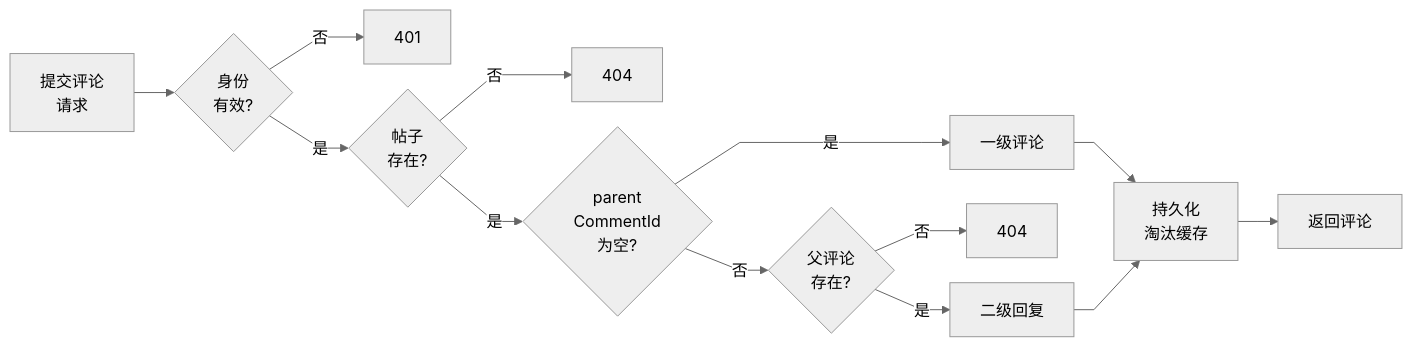
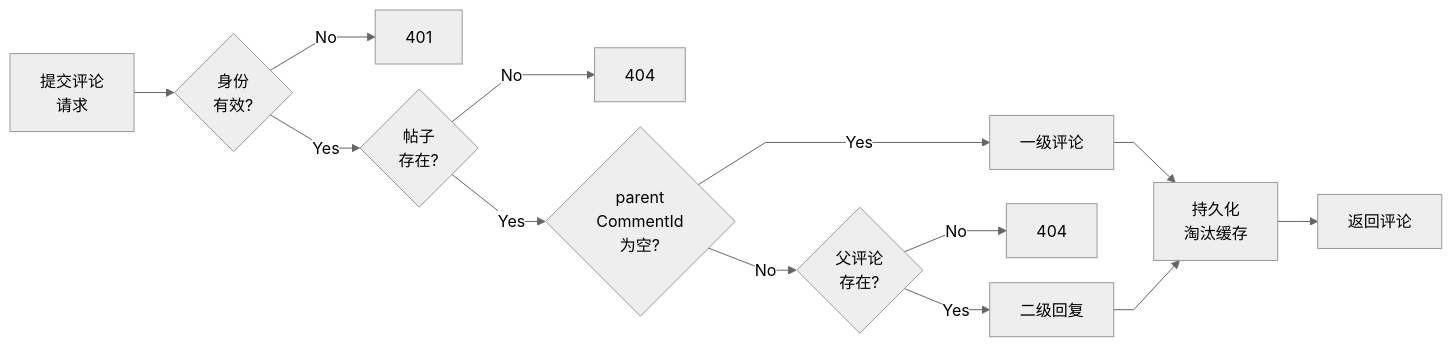
Before and after one commit to Wkjlovec/graduation_project_zhuang: the diagram in docs/diagrams/fig4-9-comment-flow.mmd, drawn with Mermaid. The commit also changed 14 other files, not shown here.

Commit message:
docs: 图4-1加分层标注, 流程图是/否改Yes/No, 搜索图改数据流样式, 4.3补充索引清单表

```diff
--- a/docs/diagrams/fig4-9-comment-flow.mmd
+++ b/docs/diagrams/fig4-9-comment-flow.mmd
@@ -1,14 +1,14 @@
 %%{init: {'theme': 'neutral', 'flowchart': {'curve': 'linear', 'rankSpacing': 40, 'nodeSpacing': 25}}}%%
 graph LR
     A["提交评论\n请求"] --> B{"身份\n有效?"}
-    B -->|否| C["401"]
-    B -->|是| D{"帖子\n存在?"}
-    D -->|否| E["404"]
-    D -->|是| F{"parent\nCommentId\n为空?"}
-    F -->|是| G["一级评论"]
-    F -->|否| H{"父评论\n存在?"}
-    H -->|否| I["404"]
-    H -->|是| J["二级回复"]
+    B -->|No| C["401"]
+    B -->|Yes| D{"帖子\n存在?"}
+    D -->|No| E["404"]
+    D -->|Yes| F{"parent\nCommentId\n为空?"}
+    F -->|Yes| G["一级评论"]
+    F -->|No| H{"父评论\n存在?"}
+    H -->|No| I["404"]
+    H -->|Yes| J["二级回复"]
     G --> K["持久化\n淘汰缓存"]
     J --> K
     K --> L["返回评论"]
```
